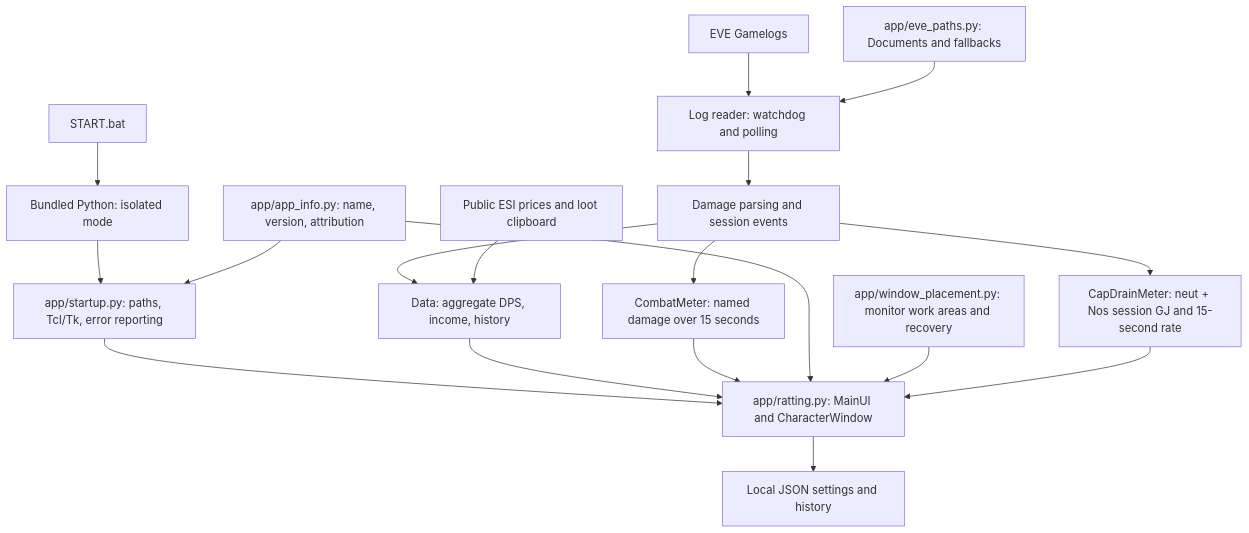
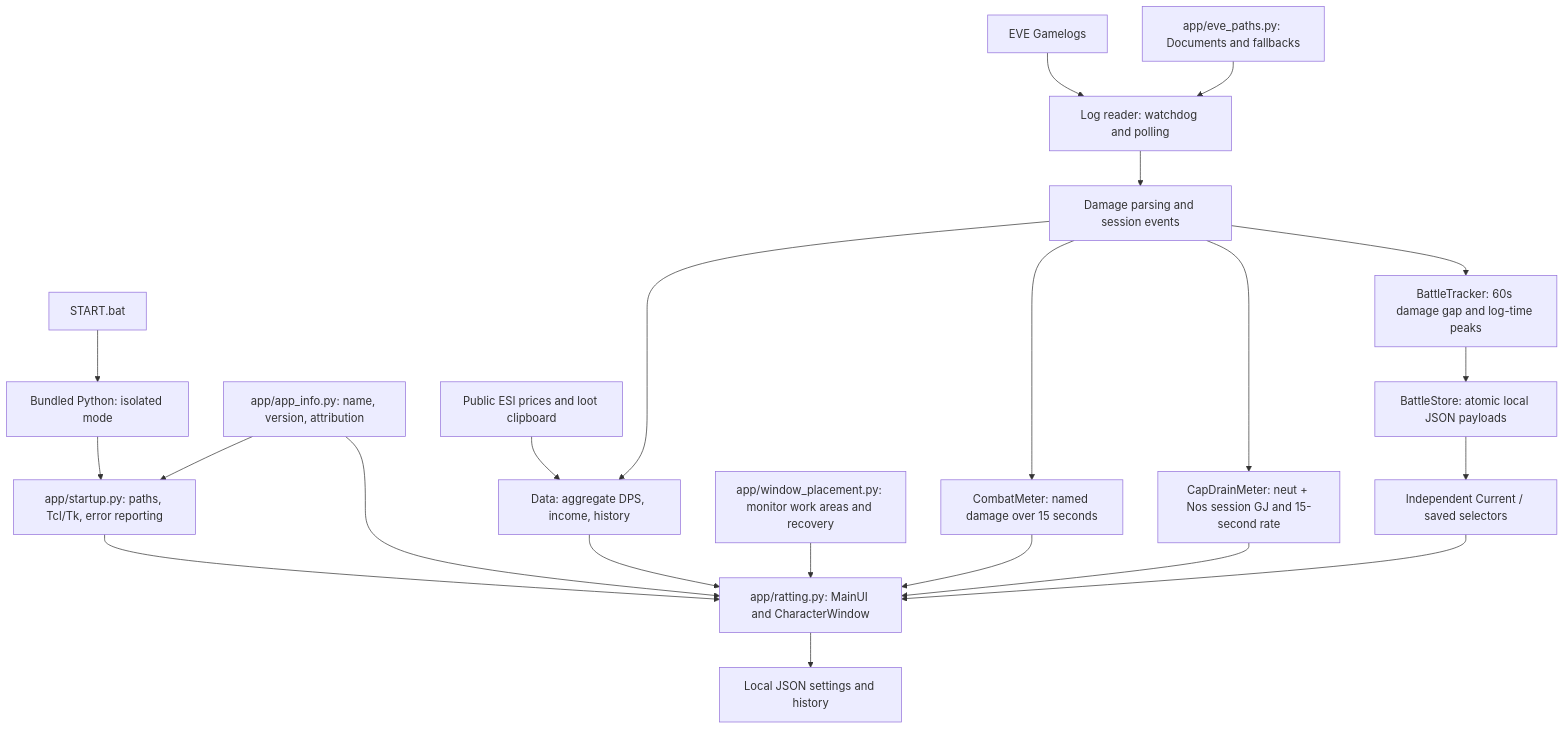
One commit to bitsbetrippin/eve-overview-evolved changed the diagram in docs/USER-GUIDE.md. Above: the diagram before and after it, drawn with Mermaid. The commit also changed other lines of this file and 19 other files, not shown here.

````diff
--- a/docs/USER-GUIDE.md
+++ b/docs/USER-GUIDE.md
@@ -195,20 +267,24 @@
 ```mermaid
 flowchart TD
     A[START.bat] --> B[Bundled Python: isolated mode]
     B --> C[app/startup.py: paths, Tcl/Tk, error reporting]
     C --> D[app/ratting.py: MainUI and CharacterWindow]
     E[EVE Gamelogs] --> F[Log reader: watchdog and polling]
     F --> G[Damage parsing and session events]
     G --> H[Data: aggregate DPS, income, history]
     G --> I[CombatMeter: named damage over 15 seconds]
     H --> D
     I --> D
     J[app/eve_paths.py: Documents and fallbacks] --> F
     K[app/app_info.py: name, version, attribution] --> C
     K --> D
     L[Public ESI prices and loot clipboard] --> H
     D --> M[Local JSON settings and history]
     N[app/window_placement.py: monitor work areas and recovery] --> D
     G --> O[CapDrainMeter: neut + Nos session GJ and 15-second rate]
     O --> D
+    G --> P[BattleTracker: 60s damage gap and log-time peaks]
+    P --> Q[BattleStore: atomic local JSON payloads]
+    Q --> R[Independent Current / saved selectors]
+    R --> D
 ```
````
